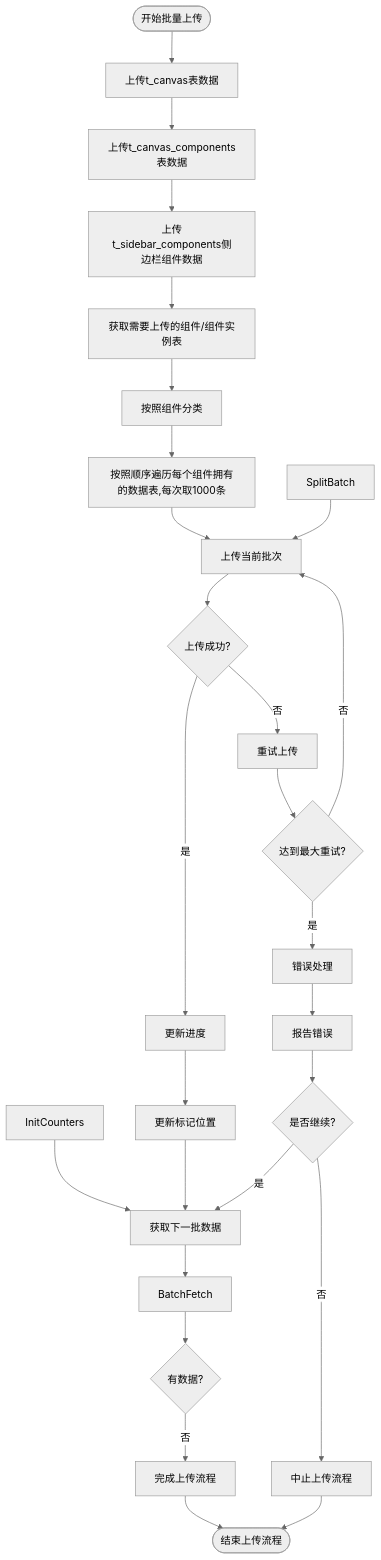
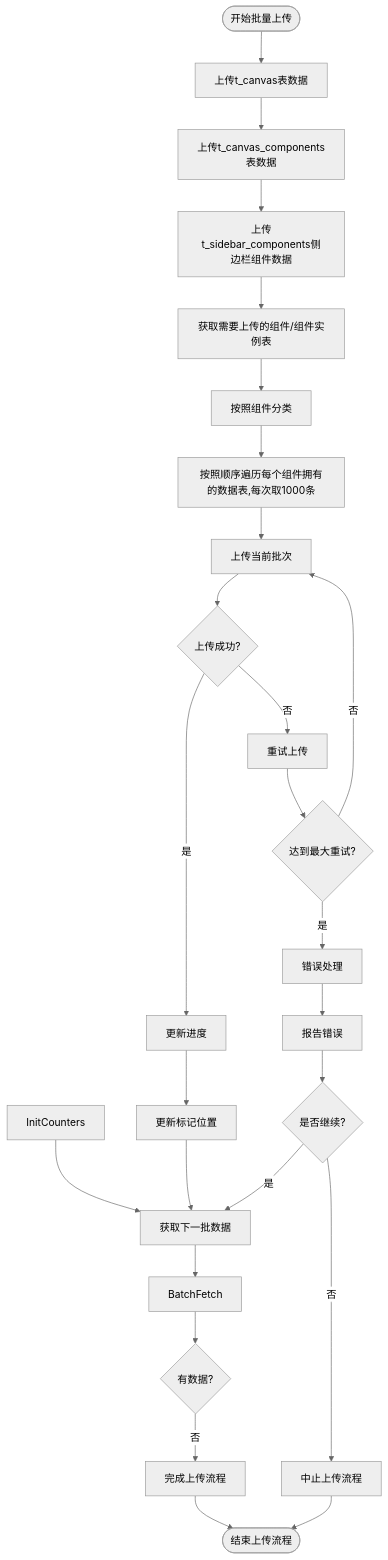
Before and after one commit to yingjianzh/iodraw-files: the diagram in all/未命名-51.md, drawn with Mermaid (neutral theme).

Commit message:
2025-05-08 17:31:26 update

````diff
--- a/all/未命名-51.md
+++ b/all/未命名-51.md
@@ -1,44 +1,41 @@
 ```mermaid
 flowchart TD
     Start([开始批量上传]) --> UploadSpaceData[上传t_canvas表数据]
     UploadSpaceData --> UploadComponentListData[上传t_canvas_components表数据]
     UploadComponentListData --> UploadSiderComponent[上传t_sidebar_components侧边栏组件数据]
     
     UploadSiderComponent --> FetchData[获取需要上传的组件/组件实例表]
 
     FetchData --> ClassifyData[按照组件分类]
 
     ClassifyData --> UploadData[按照顺序遍历每个组件拥有的数据表,每次取1000条]
-    
     UploadData --> UploadBatch[上传当前批次]
 
     InitCounters --> FetchNextBatch[获取下一批数据]
     
     
     FetchNextBatch --> BatchFetch
     
     BatchFetch --> CheckResults{有数据?}
     CheckResults -->|否| CompleteUpload[完成上传流程]
      
-    
-    SplitBatch --> UploadBatch
     
     UploadBatch --> UploadSuccess{上传成功?}
     UploadSuccess -->|是| UpdateProgress[更新进度]
     UploadSuccess -->|否| RetryUpload[重试上传]
     
     RetryUpload --> MaxRetries{达到最大重试?}
     MaxRetries -->|否| UploadBatch
     MaxRetries -->|是| ErrorHandling[错误处理]
     
     ErrorHandling --> ReportError[报告错误]
     ReportError --> ContinueOption{是否继续?}
     ContinueOption -->|是| FetchNextBatch
     ContinueOption -->|否| AbortProcess[中止上传流程]
     
     UpdateProgress --> UpdateMarker[更新标记位置]
     UpdateMarker --> FetchNextBatch
     
     CompleteUpload --> End([结束上传流程])
     AbortProcess --> End
 ```
````
